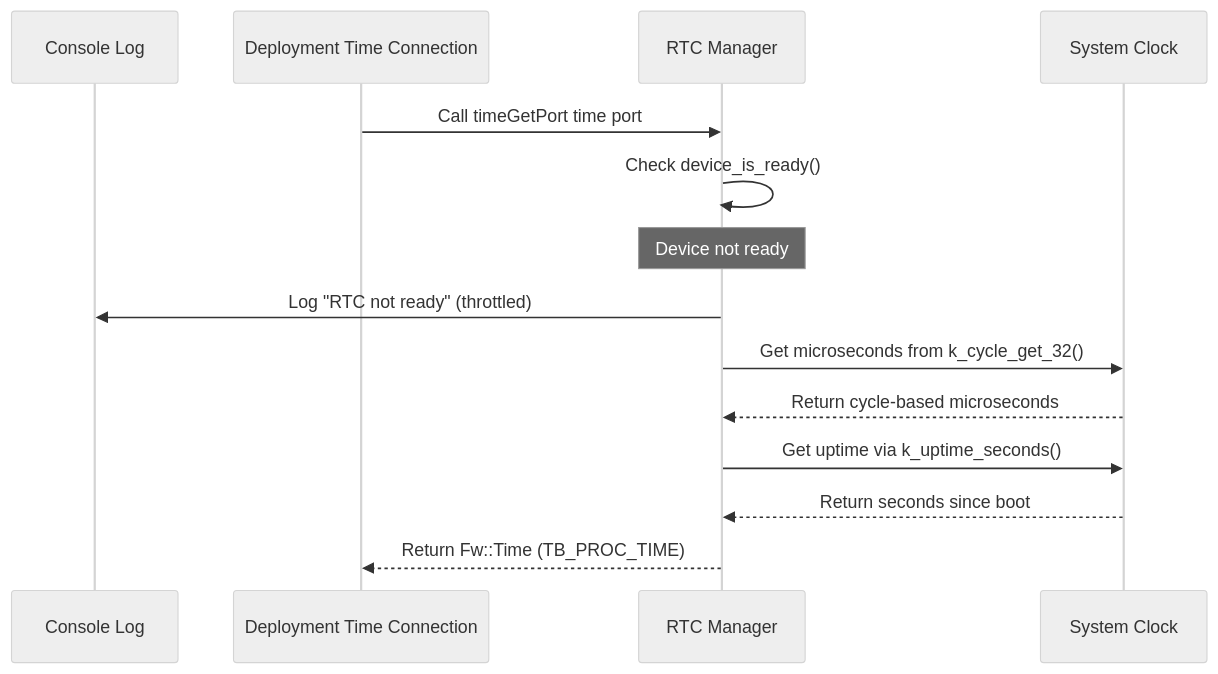
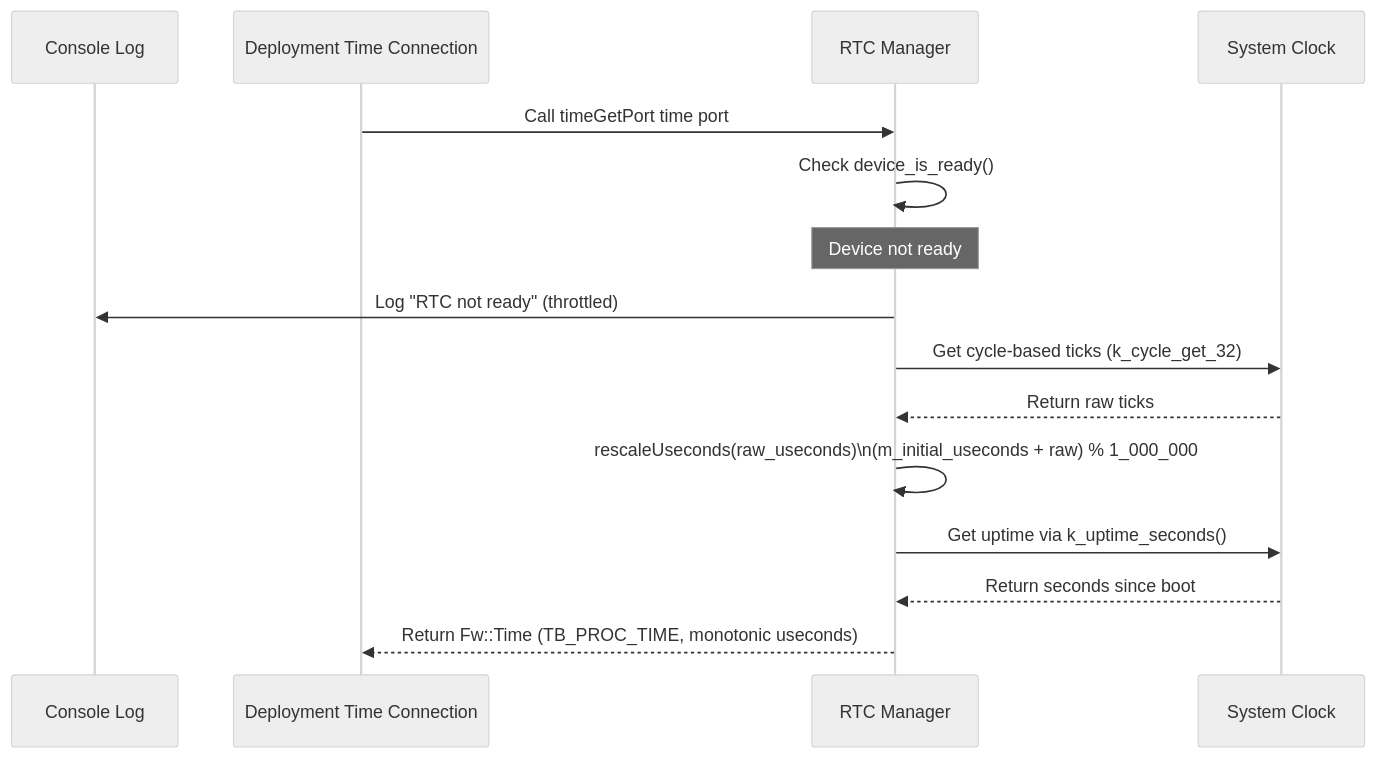
The third of 7 diagrams in FprimeZephyrReference/Components/Drv/RtcManager/docs/sdd.md (Open-Source-Space-Foundation/proves-core-reference), drawn with Mermaid (neutral theme) before and after one commit. The commit also changed other lines of this file and 14 other files, not shown here.

````diff
--- a/FprimeZephyrReference/Components/Drv/RtcManager/docs/sdd.md
+++ b/FprimeZephyrReference/Components/Drv/RtcManager/docs/sdd.md
@@ -117,16 +146,18 @@
 ```mermaid
 sequenceDiagram
     participant Console Log
     participant Deployment Time Connection
     participant RTC Manager
     participant System Clock
+
     Deployment Time Connection->>RTC Manager: Call timeGetPort time port
     RTC Manager->>RTC Manager: Check device_is_ready()
     Note over RTC Manager: Device not ready
     RTC Manager->>Console Log: Log "RTC not ready" (throttled)
-    RTC Manager->>System Clock: Get microseconds from k_cycle_get_32()
-    System Clock-->>RTC Manager: Return cycle-based microseconds
+    RTC Manager->>System Clock: Get cycle-based ticks (k_cycle_get_32)
+    System Clock-->>RTC Manager: Return raw ticks
+    RTC Manager->>RTC Manager: rescaleUseconds(raw_useconds)\n(m_initial_useconds + raw) % 1_000_000
     RTC Manager->>System Clock: Get uptime via k_uptime_seconds()
     System Clock-->>RTC Manager: Return seconds since boot
-    RTC Manager-->>Deployment Time Connection: Return Fw::Time (TB_PROC_TIME)
+    RTC Manager-->>Deployment Time Connection: Return Fw::Time (TB_PROC_TIME, monotonic useconds)
 ```
````
